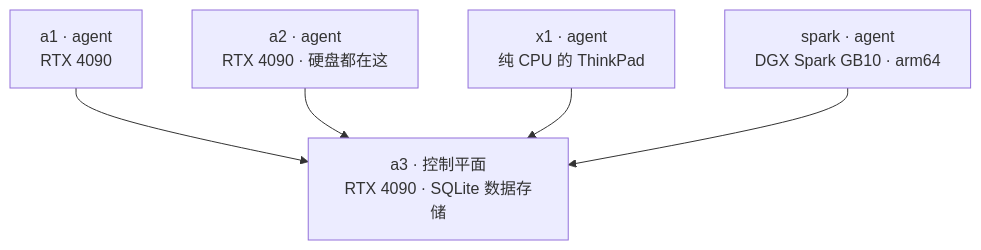
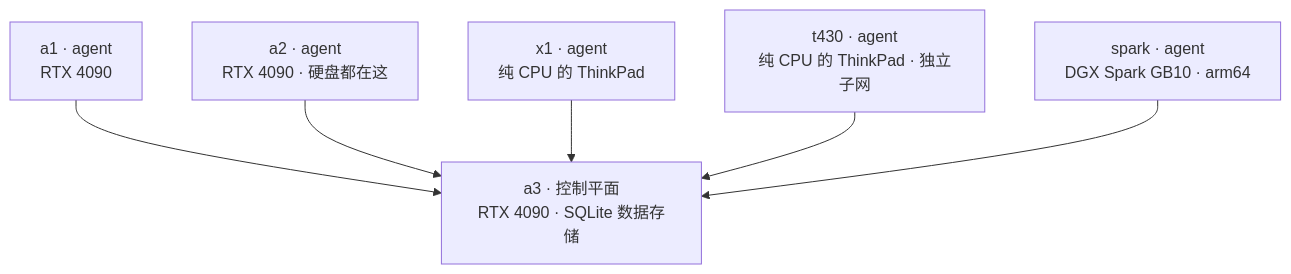
The diagram in docs-site/i18n/zh-Hans/docusaurus-plugin-content-docs/current/foundations/k3s.md (briancaffey/home-lab), drawn with Mermaid before and after one commit. The commit also changed other lines of this file and 15 other files, not shown here.

````diff
--- a/docs-site/i18n/zh-Hans/docusaurus-plugin-content-docs/current/foundations/k3s.md
+++ b/docs-site/i18n/zh-Hans/docusaurus-plugin-content-docs/current/foundations/k3s.md
@@ -16,12 +16,14 @@
 ```mermaid
 graph TD
     a3["a3 · 控制平面<br/>RTX 4090 · SQLite 数据存储"]
     a1["a1 · agent<br/>RTX 4090"]
     a2["a2 · agent<br/>RTX 4090 · 硬盘都在这"]
     x1["x1 · agent<br/>纯 CPU 的 ThinkPad"]
+    t430["t430 · agent<br/>纯 CPU 的 ThinkPad · 独立子网"]
     spark["spark · agent<br/>DGX Spark GB10 · arm64"]
     a1 --> a3
     a2 --> a3
     x1 --> a3
+    t430 --> a3
     spark --> a3
 ```
````
